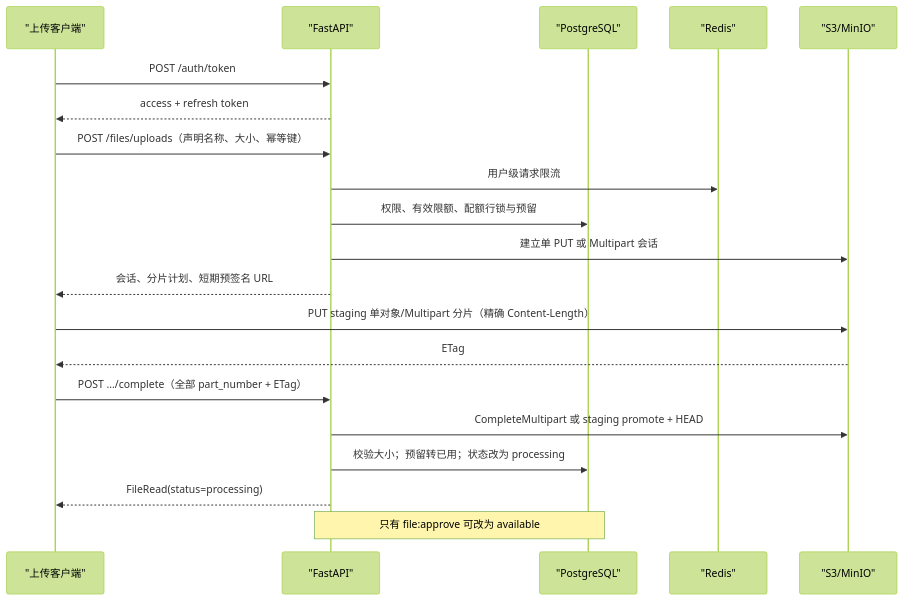
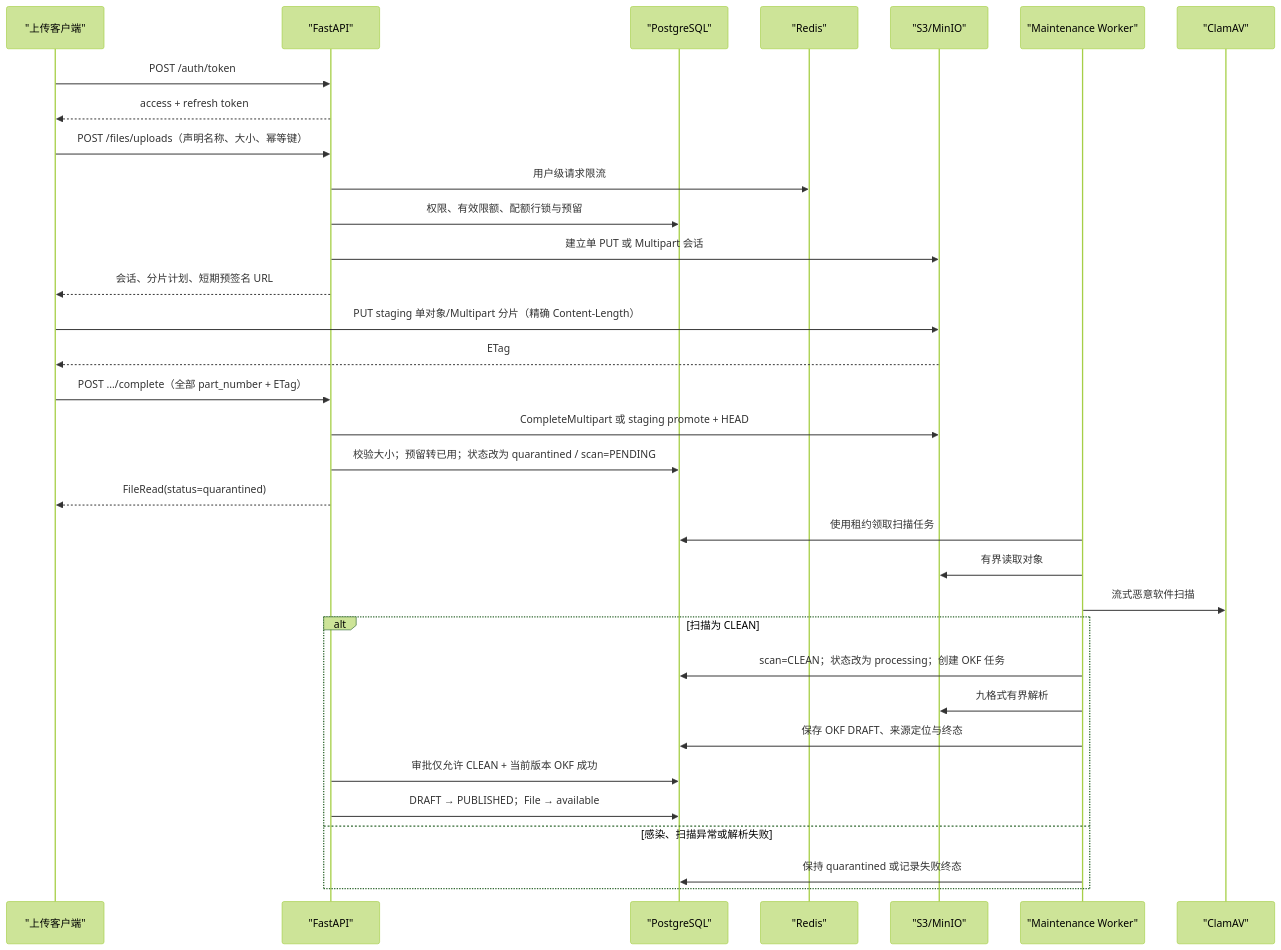
One commit to SuperGokou/knowledgebases changed the second of 4 diagrams in docs/ARCHITECTURE.zh-CN.md. Above: the diagram before and after it, drawn with Mermaid (forest theme). The commit also changed other lines of this file and 442 other files, not shown here.

```diff
--- a/docs/ARCHITECTURE.zh-CN.md
+++ b/docs/ARCHITECTURE.zh-CN.md
@@ -44,23 +45,36 @@
 ~~~mermaid
 sequenceDiagram
     participant C as "上传客户端"
     participant A as "FastAPI"
     participant D as "PostgreSQL"
     participant R as "Redis"
     participant S as "S3/MinIO"
+    participant W as "Maintenance Worker"
+    participant V as "ClamAV"
 
     C->>A: POST /auth/token
     A-->>C: access + refresh token
     C->>A: POST /files/uploads（声明名称、大小、幂等键）
     A->>R: 用户级请求限流
     A->>D: 权限、有效限额、配额行锁与预留
     A->>S: 建立单 PUT 或 Multipart 会话
     A-->>C: 会话、分片计划、短期预签名 URL
     C->>S: PUT staging 单对象/Multipart 分片（精确 Content-Length）
     S-->>C: ETag
     C->>A: POST .../complete（全部 part_number + ETag）
     A->>S: CompleteMultipart 或 staging promote + HEAD
-    A->>D: 校验大小；预留转已用；状态改为 processing
-    A-->>C: FileRead(status=processing)
-    Note over A,D: 只有 file:approve 可改为 available
+    A->>D: 校验大小；预留转已用；状态改为 quarantined / scan=PENDING
+    A-->>C: FileRead(status=quarantined)
+    W->>D: 使用租约领取扫描任务
+    W->>S: 有界读取对象
+    W->>V: 流式恶意软件扫描
+    alt 扫描为 CLEAN
+        W->>D: scan=CLEAN；状态改为 processing；创建 OKF 任务
+        W->>S: 九格式有界解析
+        W->>D: 保存 OKF DRAFT、来源定位与终态
+        A->>D: 审批仅允许 CLEAN + 当前版本 OKF 成功
+        A->>D: DRAFT → PUBLISHED；File → available
+    else 感染、扫描异常或解析失败
+        W->>D: 保持 quarantined 或记录失败终态
+    end
 ~~~
```
